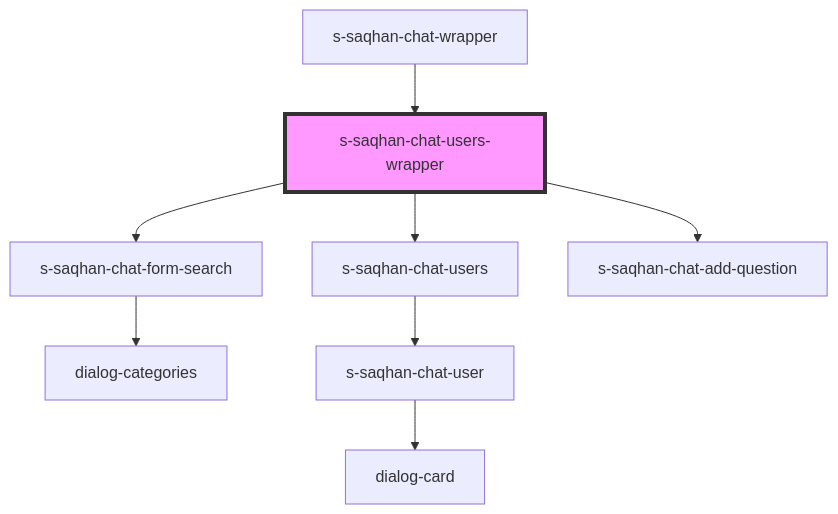
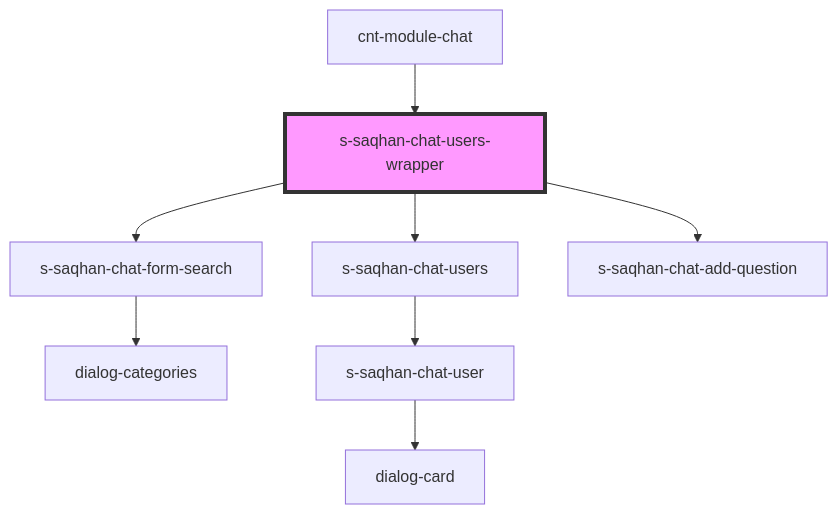
One commit to saqhan/stencil-chat changed the diagram in src/components/module/module-chat/res/view/cnt-module-chat/res/view/s-saqhan-chat-users-wrapper/readme.md. Above: the diagram before and after it, drawn with Mermaid. The commit also changed other lines of this file and 26 other files, not shown here.

````diff
--- a/src/components/module/module-chat/res/view/cnt-module-chat/res/view/s-saqhan-chat-users-wrapper/readme.md
+++ b/src/components/module/module-chat/res/view/cnt-module-chat/res/view/s-saqhan-chat-users-wrapper/readme.md
@@ -41,11 +41,11 @@
 ```mermaid
 graph TD;
   s-saqhan-chat-users-wrapper --> s-saqhan-chat-form-search
   s-saqhan-chat-users-wrapper --> s-saqhan-chat-users
   s-saqhan-chat-users-wrapper --> s-saqhan-chat-add-question
   s-saqhan-chat-form-search --> dialog-categories
   s-saqhan-chat-users --> s-saqhan-chat-user
   s-saqhan-chat-user --> dialog-card
-  s-saqhan-chat-wrapper --> s-saqhan-chat-users-wrapper
+  cnt-module-chat --> s-saqhan-chat-users-wrapper
   style s-saqhan-chat-users-wrapper fill:#f9f,stroke:#333,stroke-width:4px
 ```
````
